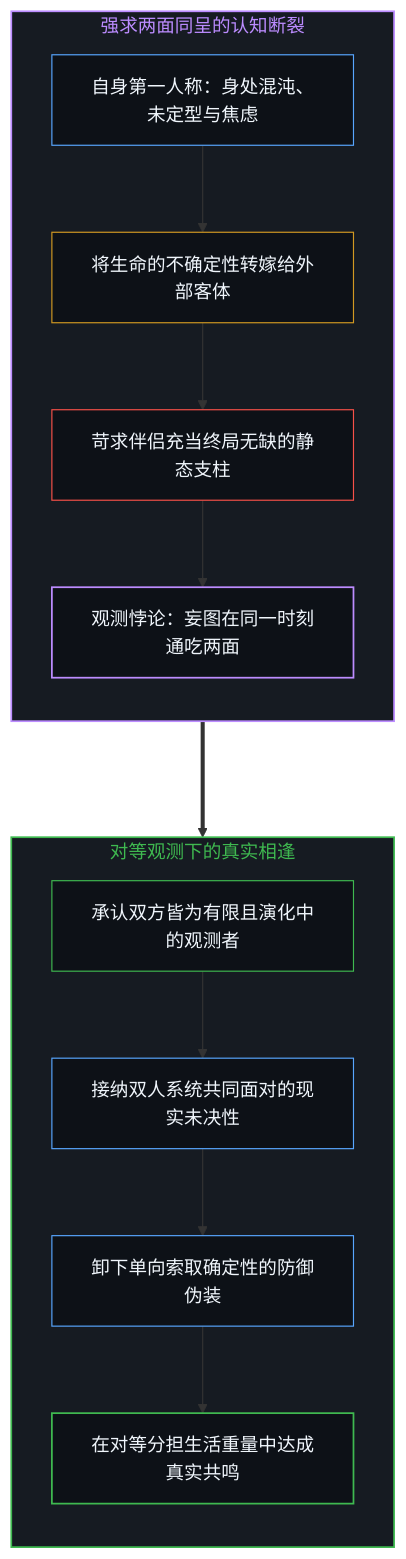
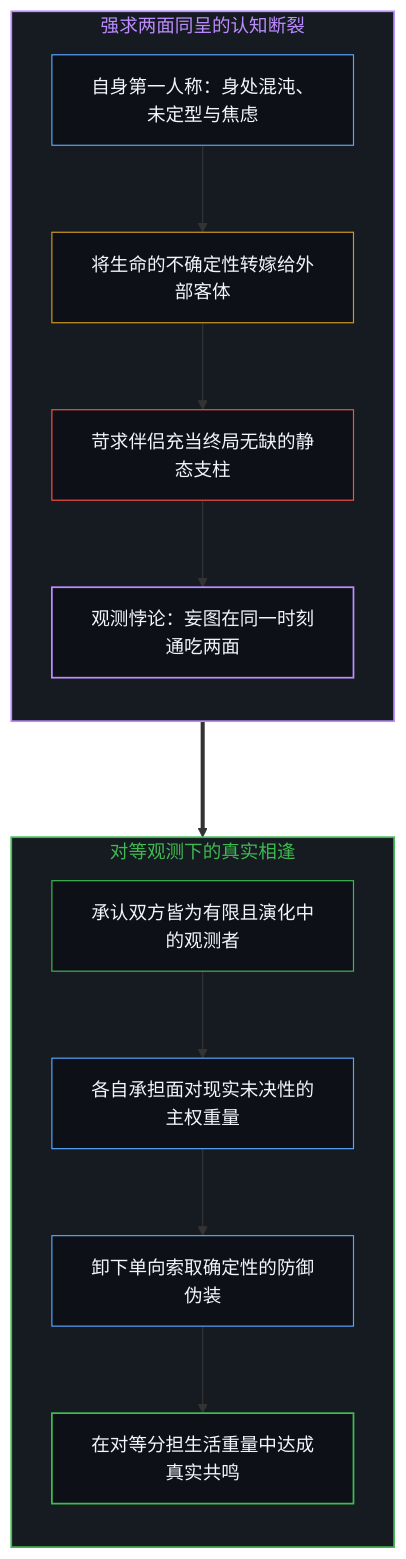
One commit to powerpig99/not-a-toe changed the seventh of 10 diagrams in content/posts/the-causal-inversion-of-partnership.md. Above: the diagram before and after it, drawn with Mermaid. The commit also changed other lines of this file and 3 other files, not shown here.

````diff
--- a/content/posts/the-causal-inversion-of-partnership.md
+++ b/content/posts/the-causal-inversion-of-partnership.md
@@ -229,29 +229,29 @@
 ```mermaid
 graph TD
     subgraph S_ParadoxSplit ["强求两面同呈的认知断裂"]
         direction TB
         D_Self["自身第一人称：身处混沌、未定型与焦虑"] --> D_Project["将生命的不确定性转嫁给外部客体"]
         D_Project --> D_Demand["苛求伴侣充当终局无缺的静态支柱"]
         D_Demand --> D_Illusion["观测悖论：妄图在同一时刻通吃两面"]
     end
 
     subgraph S_SymmetricView ["对等观测下的真实相逢"]
         direction TB
-        V_Accept["承认双方皆为有限且演化中的观测者"] --> V_Uncertain["接纳双人系统共同面对的现实未决性"]
+        V_Accept["承认双方皆为有限且演化中的观测者"] --> V_Uncertain["各自承担面对现实未决性的主权重量"]
         V_Uncertain --> V_Vulnerable["卸下单向索取确定性的防御伪装"]
         V_Vulnerable --> V_Resonance["在对等分担生活重量中达成真实共鸣"]
     end
 
     D_Illusion ===> V_Accept
 
     style S_ParadoxSplit fill:#161b22,stroke:#bc8cff,stroke-width:1.5px,color:#bc8cff
     style S_SymmetricView fill:#161b22,stroke:#3fb950,stroke-width:1.5px,color:#3fb950
     style D_Self fill:#0d1117,stroke:#58a6ff,stroke-width:1px,color:#f0f6fc
     style D_Project fill:#0d1117,stroke:#d29922,stroke-width:1px,color:#f0f6fc
     style D_Demand fill:#0d1117,stroke:#f85149,stroke-width:1px,color:#f0f6fc
     style D_Illusion fill:#0d1117,stroke:#bc8cff,stroke-width:1.5px,color:#f0f6fc
     style V_Accept fill:#0d1117,stroke:#3fb950,stroke-width:1px,color:#f0f6fc
     style V_Uncertain fill:#0d1117,stroke:#58a6ff,stroke-width:1px,color:#f0f6fc
     style V_Vulnerable fill:#0d1117,stroke:#58a6ff,stroke-width:1px,color:#f0f6fc
     style V_Resonance fill:#0d1117,stroke:#3fb950,stroke-width:1.5px,color:#f0f6fc
 ```
````
